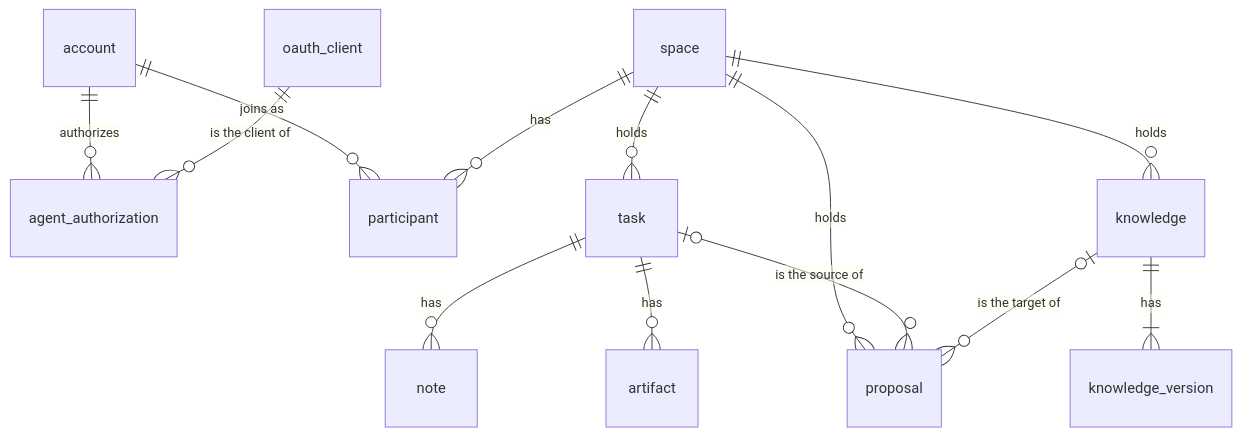
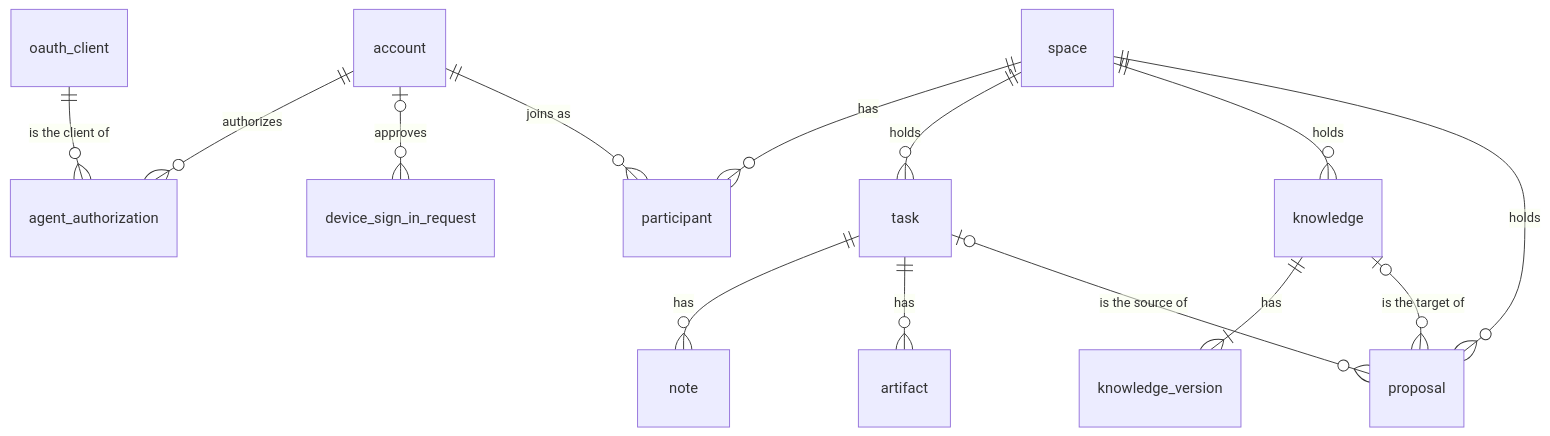
Before and after one commit to lorebayai/lorebay: the diagram in docs/architecture/data-model.md, drawn with Mermaid. The commit also changed other lines of this file and 34 other files, not shown here.

First line of the commit message:
feat(lorebayd): sign the CLI in with a device code (#63)

````diff
--- a/docs/architecture/data-model.md
+++ b/docs/architecture/data-model.md
@@ -90,15 +90,16 @@
 ```mermaid
 erDiagram
     account ||--o{ agent_authorization : "authorizes"
     oauth_client ||--o{ agent_authorization : "is the client of"
+    account |o--o{ device_sign_in_request : "approves"
     account ||--o{ participant : "joins as"
     space ||--o{ participant : "has"
     space ||--o{ task : "holds"
     space ||--o{ knowledge : "holds"
     space ||--o{ proposal : "holds"
     task ||--o{ note : "has"
     task ||--o{ artifact : "has"
     task |o--o{ proposal : "is the source of"
     knowledge ||--|{ knowledge_version : "has"
     knowledge |o--o{ proposal : "is the target of"
 ```
````
